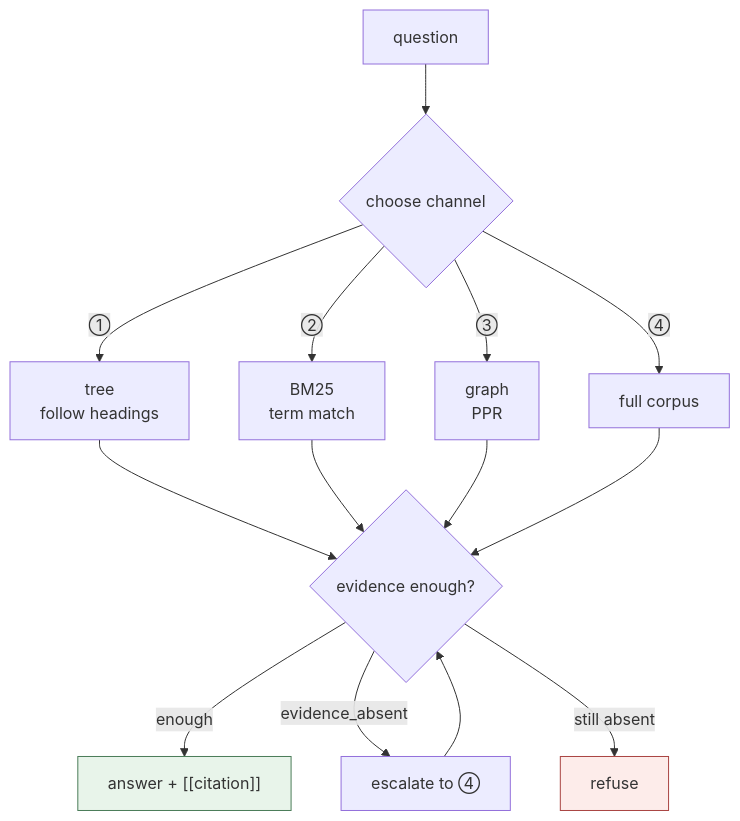
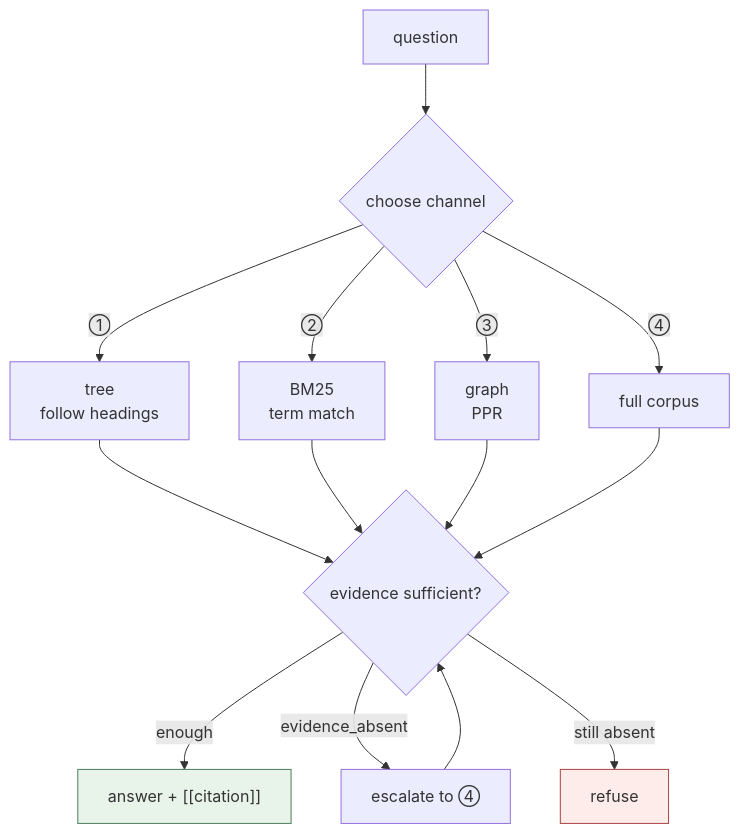
One commit to DeepTrial/KoiosBase changed the second of 3 diagrams in docs/i18n/README.en.md. Above: the diagram before and after it, drawn with Mermaid. The commit also changed other lines of this file and 5 other files, not shown here.

````diff
--- a/docs/i18n/README.en.md
+++ b/docs/i18n/README.en.md
@@ -140,18 +140,18 @@
 ```mermaid
 flowchart TD
     Q[question] --> C{"choose channel"}
     C -->|①| T["tree<br/>follow headings"]
     C -->|②| B25["BM25<br/>term match"]
     C -->|③| G["graph<br/>PPR"]
     C -->|④| F["full corpus"]
-    T --> Gr{"evidence enough?"}
+    T --> Gr{"evidence sufficient?"}
     B25 --> Gr
     G --> Gr
     F --> Gr
     Gr -->|enough| An["answer + [[citation]]"]
     Gr -->|"evidence_absent"| Esc["escalate to ④"]
     Esc --> Gr
     Gr -->|still absent| R[refuse]
     style An fill:#e8f4ea,stroke:#4a7c59
     style R fill:#fdecea,stroke:#a94442
 ```
````
